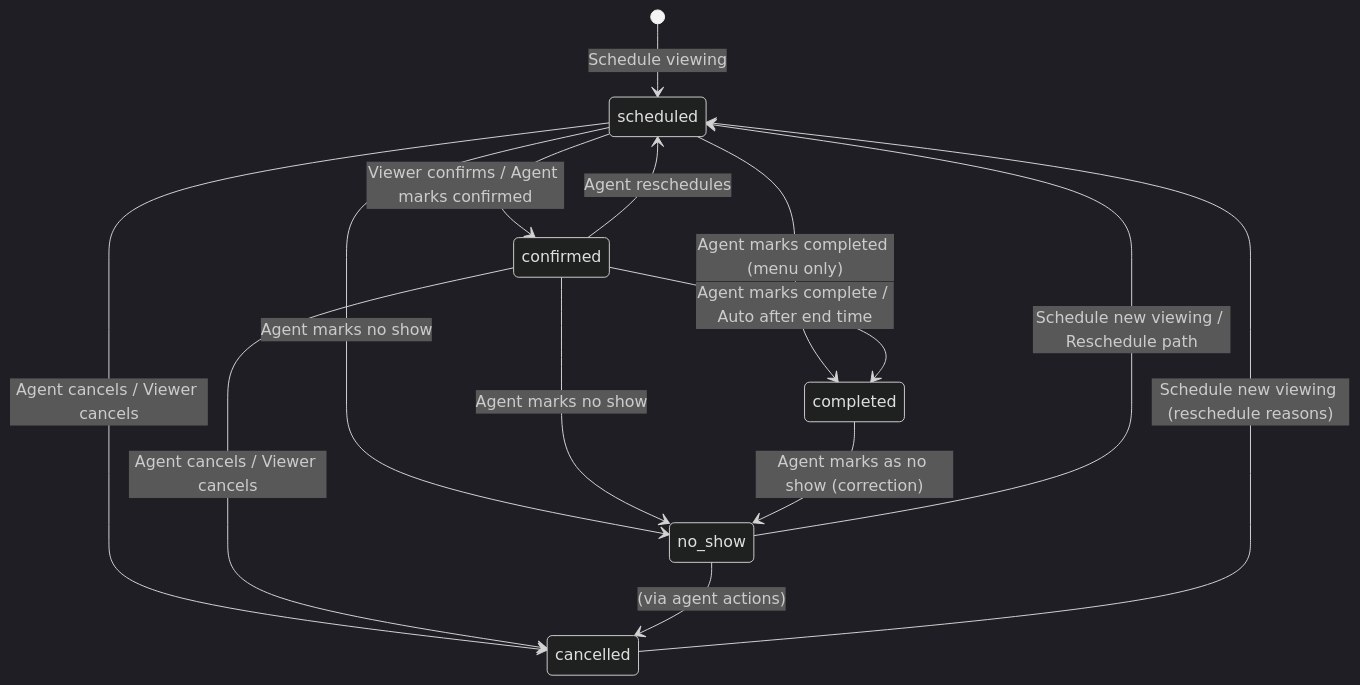
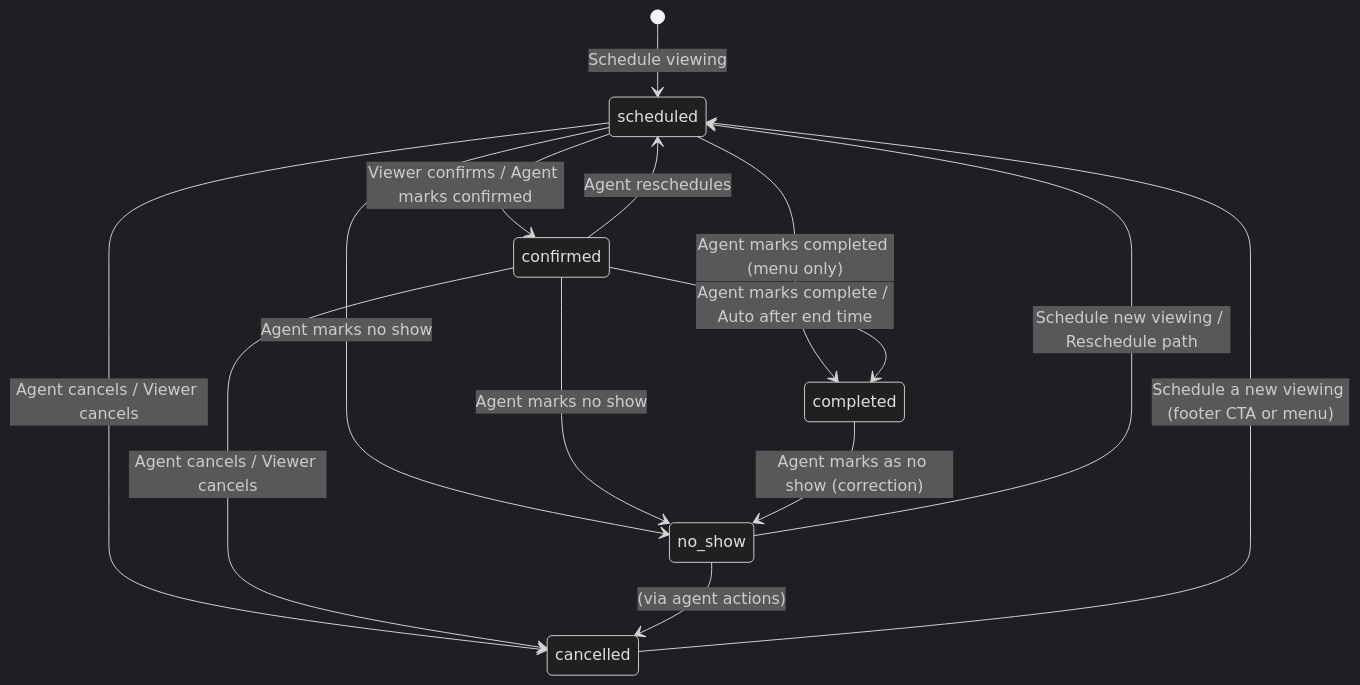
Before and after one commit to vikas-homey/viewings-prototype: the diagram in viewings-prototype-flows.md, drawn with Mermaid (dark theme). The commit also changed other lines of this file and 1 other file, not shown here.

First line of the commit message:
Unify cancelled viewing dock actions and add prototype gear icon.

````diff
--- a/viewings-prototype-flows.md
+++ b/viewings-prototype-flows.md
@@ -83,21 +97,21 @@
 ```mermaid
 stateDiagram-v2
     [*] --> scheduled: Schedule viewing
 
     scheduled --> confirmed: Viewer confirms / Agent marks confirmed
     scheduled --> cancelled: Agent cancels / Viewer cancels
     scheduled --> no_show: Agent marks no show
     scheduled --> completed: Agent marks completed (menu only)
 
     confirmed --> completed: Agent marks complete / Auto after end time
     confirmed --> cancelled: Agent cancels / Viewer cancels
     confirmed --> no_show: Agent marks no show
     confirmed --> scheduled: Agent reschedules
 
     completed --> no_show: Agent marks as no show (correction)
 
     no_show --> scheduled: Schedule new viewing / Reschedule path
     no_show --> cancelled: (via agent actions)
 
-    cancelled --> scheduled: Schedule new viewing (reschedule reasons)
+    cancelled --> scheduled: Schedule a new viewing (footer CTA or menu)
 ```
````
